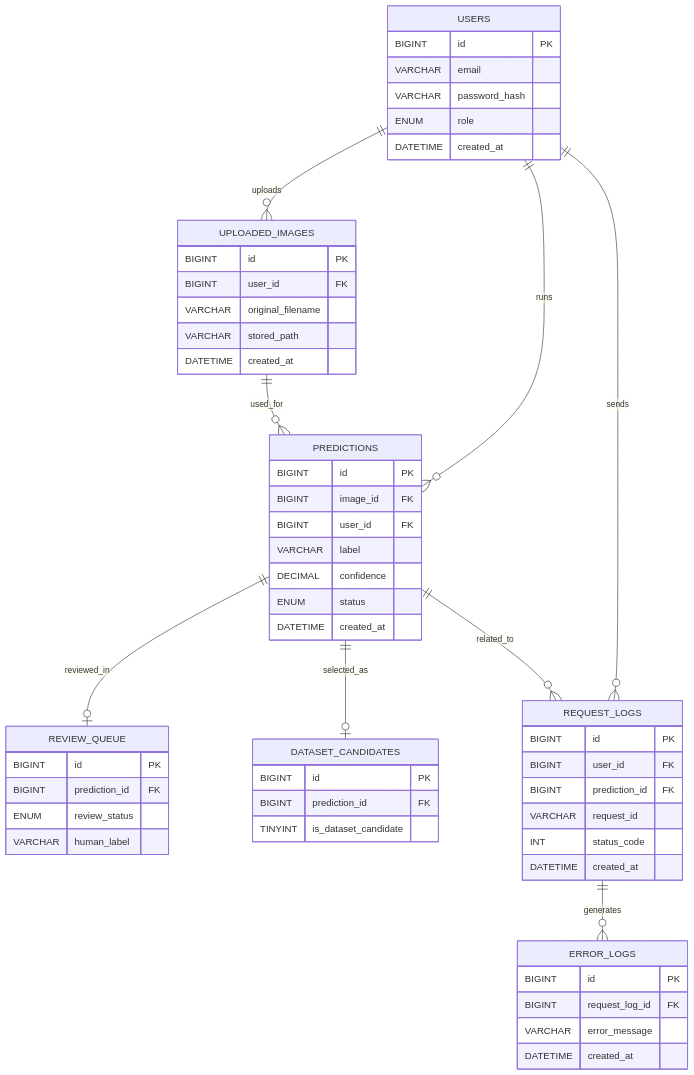
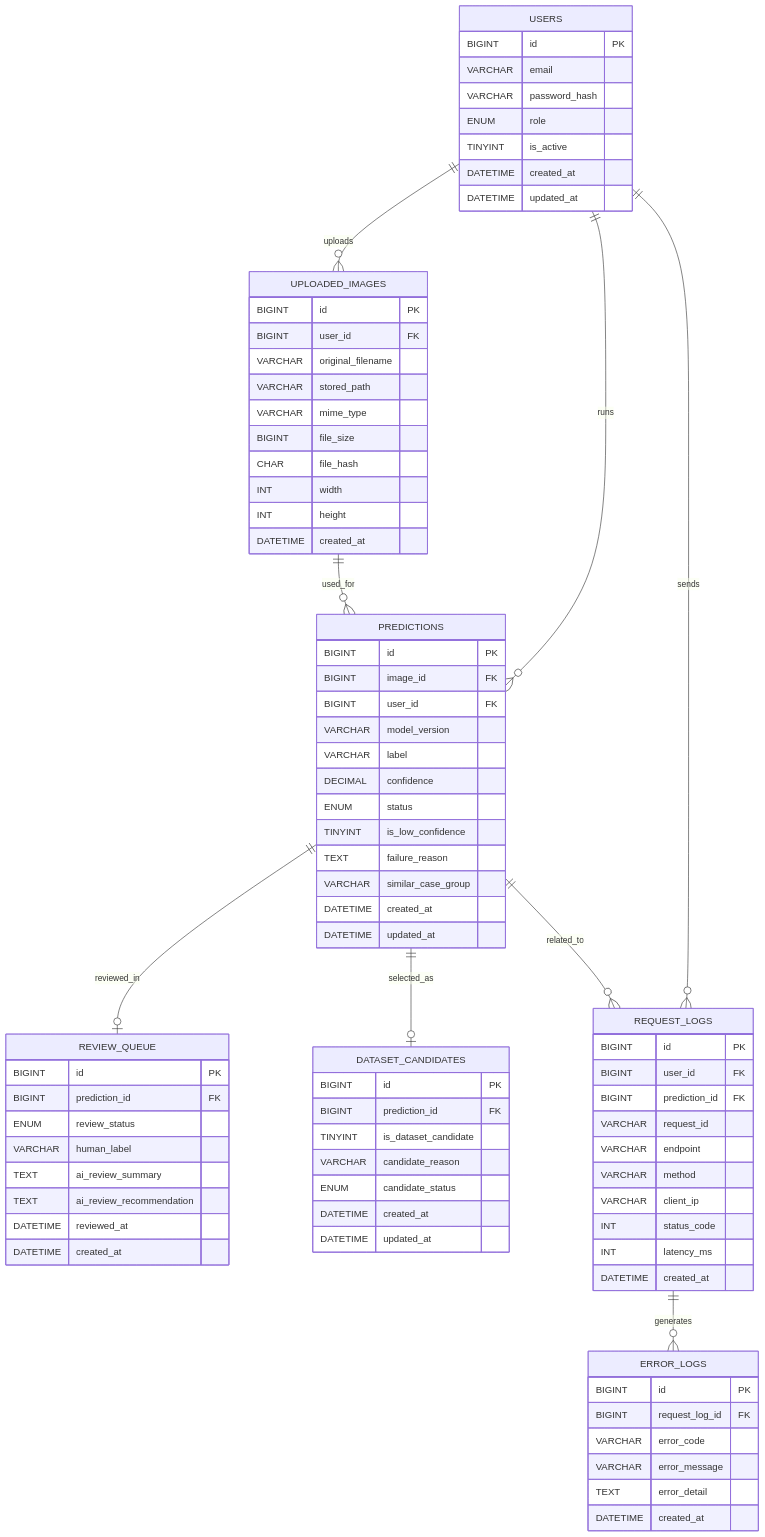
The diagram in docs/erd.md (hajimoo/ai-defect-detection-db), drawn with Mermaid before and after one commit. The commit also changed other lines of this file, not shown here.

````diff
--- a/docs/erd.md
+++ b/docs/erd.md
@@ -22,7 +22,9 @@
         VARCHAR email
         VARCHAR password_hash
         ENUM role
+        TINYINT is_active
         DATETIME created_at
+        DATETIME updated_at
     }
 
     UPLOADED_IMAGES {
@@ -30,6 +32,11 @@
         BIGINT user_id FK
         VARCHAR original_filename
         VARCHAR stored_path
+        VARCHAR mime_type
+        BIGINT file_size
+        CHAR file_hash
+        INT width
+        INT height
         DATETIME created_at
     }
 
@@ -37,10 +44,15 @@
         BIGINT id PK
         BIGINT image_id FK
         BIGINT user_id FK
+        VARCHAR model_version
         VARCHAR label
         DECIMAL confidence
         ENUM status
+        TINYINT is_low_confidence
+        TEXT failure_reason
+        VARCHAR similar_case_group
         DATETIME created_at
+        DATETIME updated_at
     }
 
     REVIEW_QUEUE {
@@ -48,12 +60,20 @@
         BIGINT prediction_id FK
         ENUM review_status
         VARCHAR human_label
+        TEXT ai_review_summary
+        TEXT ai_review_recommendation
+        DATETIME reviewed_at
+        DATETIME created_at
     }
 
     DATASET_CANDIDATES {
         BIGINT id PK
         BIGINT prediction_id FK
         TINYINT is_dataset_candidate
+        VARCHAR candidate_reason
+        ENUM candidate_status
+        DATETIME created_at
+        DATETIME updated_at
     }
 
     REQUEST_LOGS {
@@ -61,14 +81,20 @@
         BIGINT user_id FK
         BIGINT prediction_id FK
         VARCHAR request_id
+        VARCHAR endpoint
+        VARCHAR method
+        VARCHAR client_ip
         INT status_code
+        INT latency_ms
         DATETIME created_at
     }
 
     ERROR_LOGS {
         BIGINT id PK
         BIGINT request_log_id FK
+        VARCHAR error_code
         VARCHAR error_message
+        TEXT error_detail
         DATETIME created_at
     }
 ```
````
